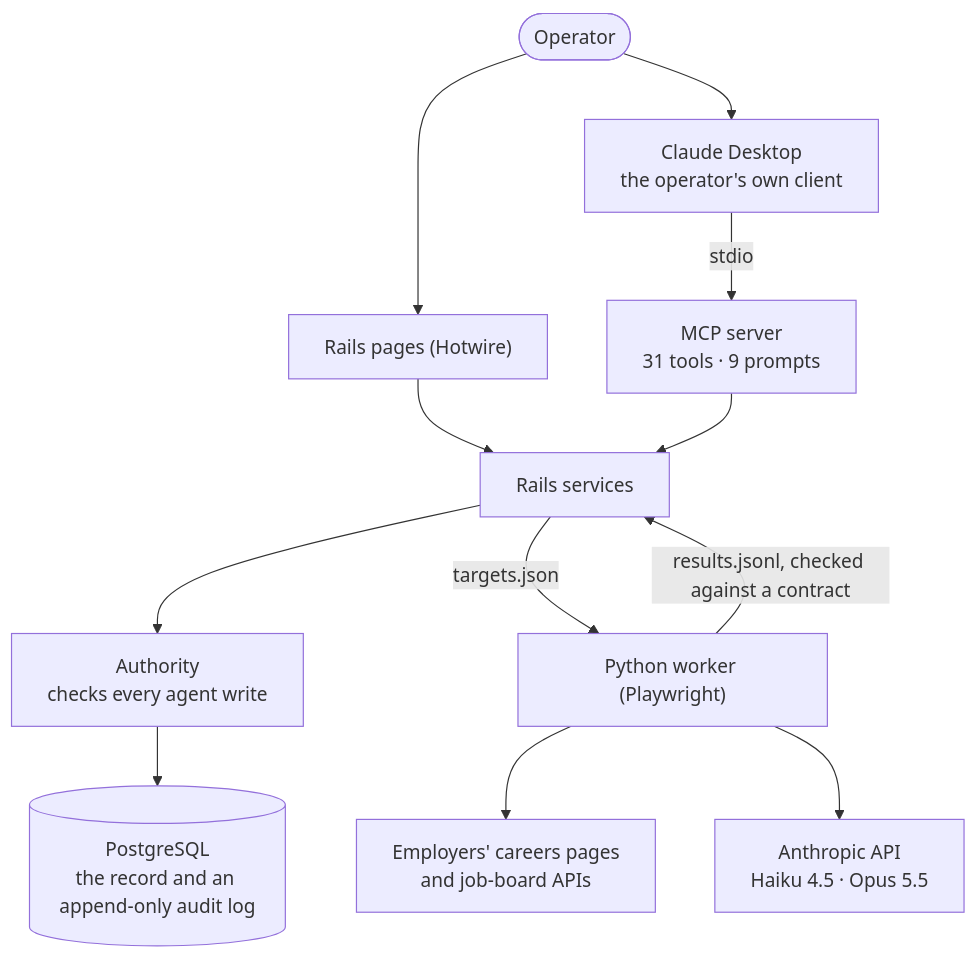
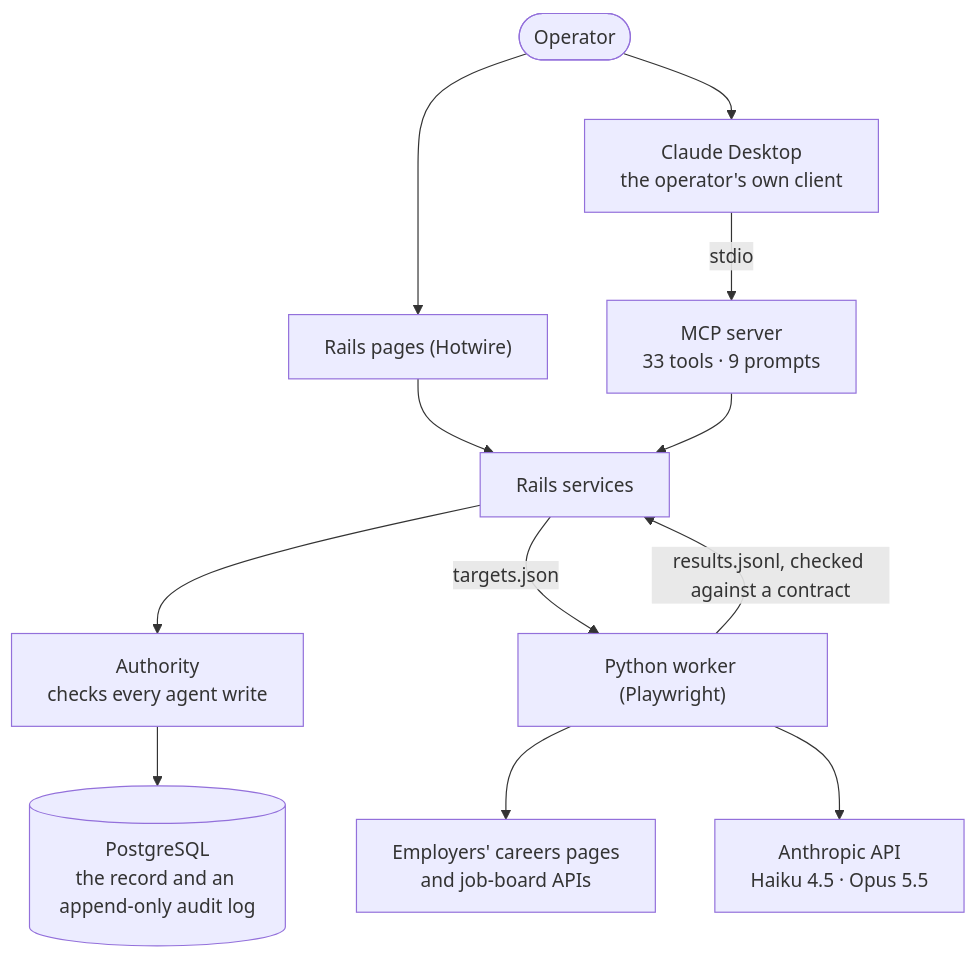
Before and after one commit to ZPAlexis/provenance-pipeline: the second of 2 diagrams in README.md, drawn with Mermaid. The commit also changed other lines of this file and 35 other files, not shown here.

````diff
--- a/README.md
+++ b/README.md
@@ -126,14 +126,14 @@
 ```mermaid
 flowchart TB
     op(["Operator"]) --> pages["Rails pages (Hotwire)"]
     op --> desk["Claude Desktop<br/>the operator's own client"]
-    desk -- "stdio" --> mcp["MCP server<br/>31 tools · 9 prompts"]
+    desk -- "stdio" --> mcp["MCP server<br/>33 tools · 9 prompts"]
     pages --> services["Rails services"]
     mcp --> services
     services --> authority["Authority<br/>checks every agent write"]
     authority --> db[("PostgreSQL<br/>the record and an append-only audit log")]
     services -- "targets.json" --> worker["Python worker (Playwright)"]
     worker -- "results.jsonl, checked against a contract" --> services
     worker --> web["Employers' careers pages<br/>and job-board APIs"]
     worker --> claude["Anthropic API<br/>Haiku 4.5 · Opus 5.5"]
 ```
````
